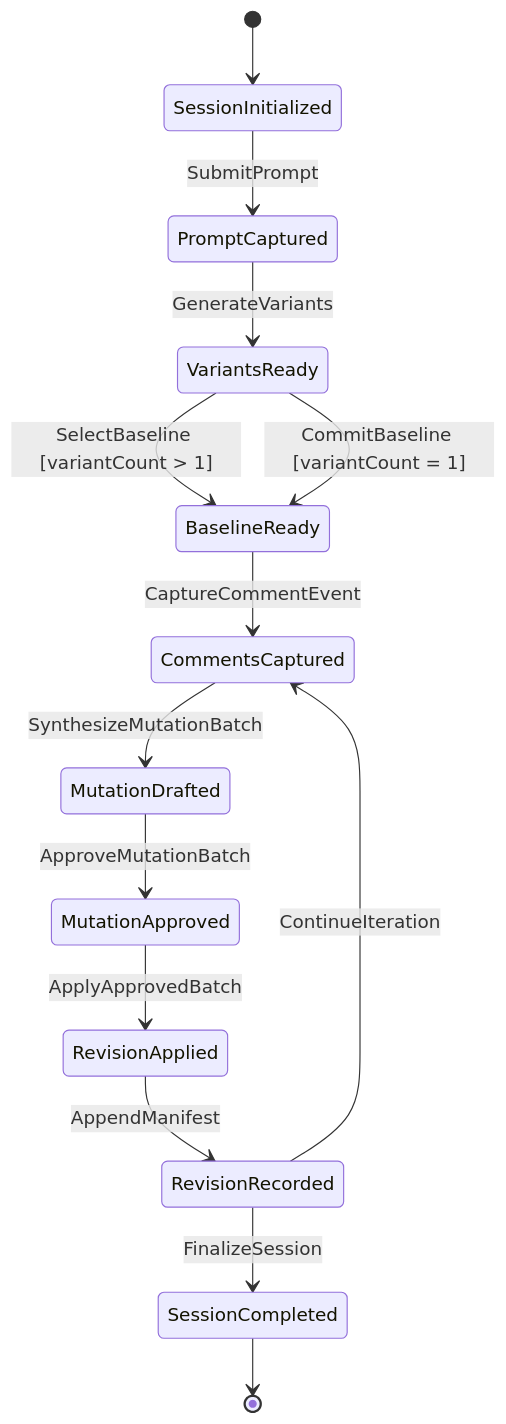
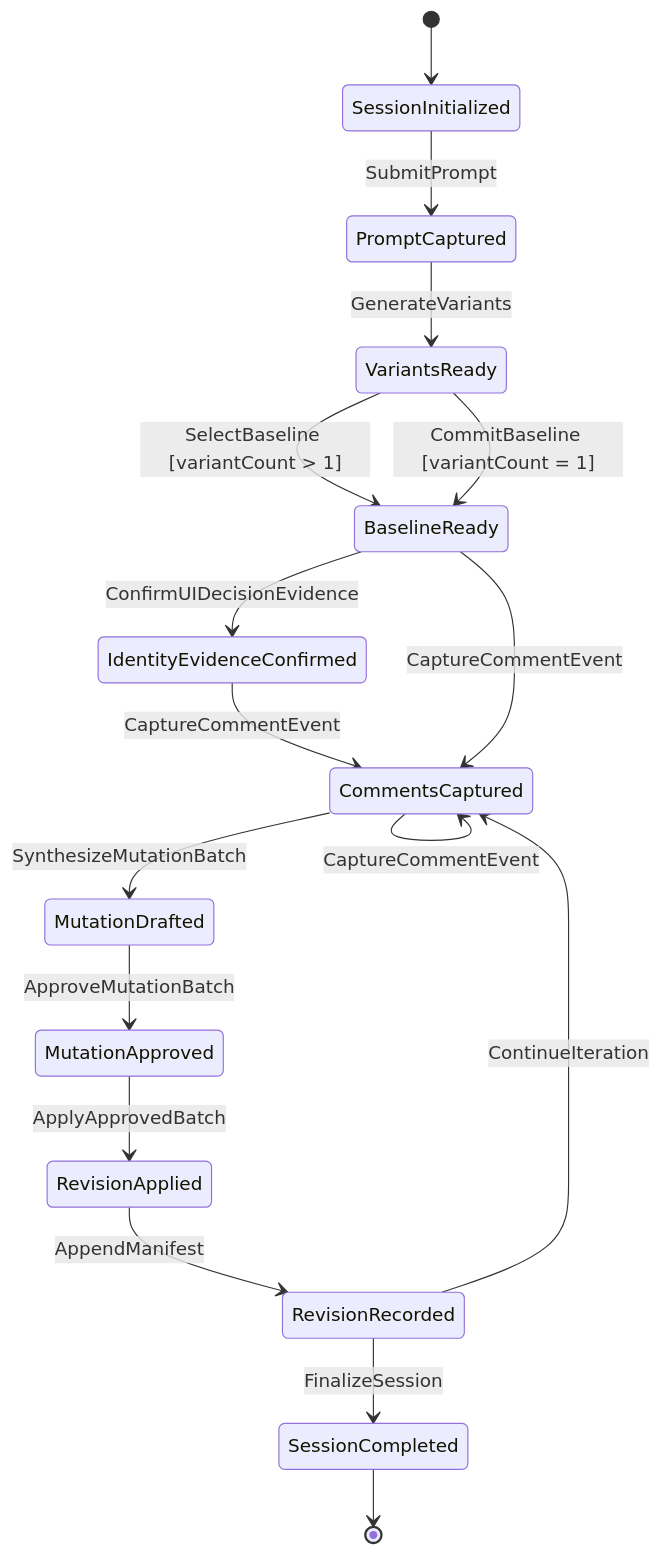
One commit to cyberAlchemyAI/domainspec changed the first of 2 diagrams in docs/features/ui-prototyping-studio/states.md. Above: the diagram before and after it, drawn with Mermaid. The commit also changed other lines of this file and 22 other files, not shown here.

````diff
--- a/docs/features/ui-prototyping-studio/states.md
+++ b/docs/features/ui-prototyping-studio/states.md
@@ -13,16 +14,19 @@
 ```mermaid
 stateDiagram-v2
     [*] --> SessionInitialized
     SessionInitialized --> PromptCaptured : SubmitPrompt
     PromptCaptured --> VariantsReady : GenerateVariants
     VariantsReady --> BaselineReady : SelectBaseline [variantCount > 1]
     VariantsReady --> BaselineReady : CommitBaseline [variantCount = 1]
+    BaselineReady --> IdentityEvidenceConfirmed : ConfirmUIDecisionEvidence
+    IdentityEvidenceConfirmed --> CommentsCaptured : CaptureCommentEvent
     BaselineReady --> CommentsCaptured : CaptureCommentEvent
+    CommentsCaptured --> CommentsCaptured : CaptureCommentEvent
     CommentsCaptured --> MutationDrafted : SynthesizeMutationBatch
     MutationDrafted --> MutationApproved : ApproveMutationBatch
     MutationApproved --> RevisionApplied : ApplyApprovedBatch
     RevisionApplied --> RevisionRecorded : AppendManifest
     RevisionRecorded --> CommentsCaptured : ContinueIteration
     RevisionRecorded --> SessionCompleted : FinalizeSession
     SessionCompleted --> [*]
 ```
````
